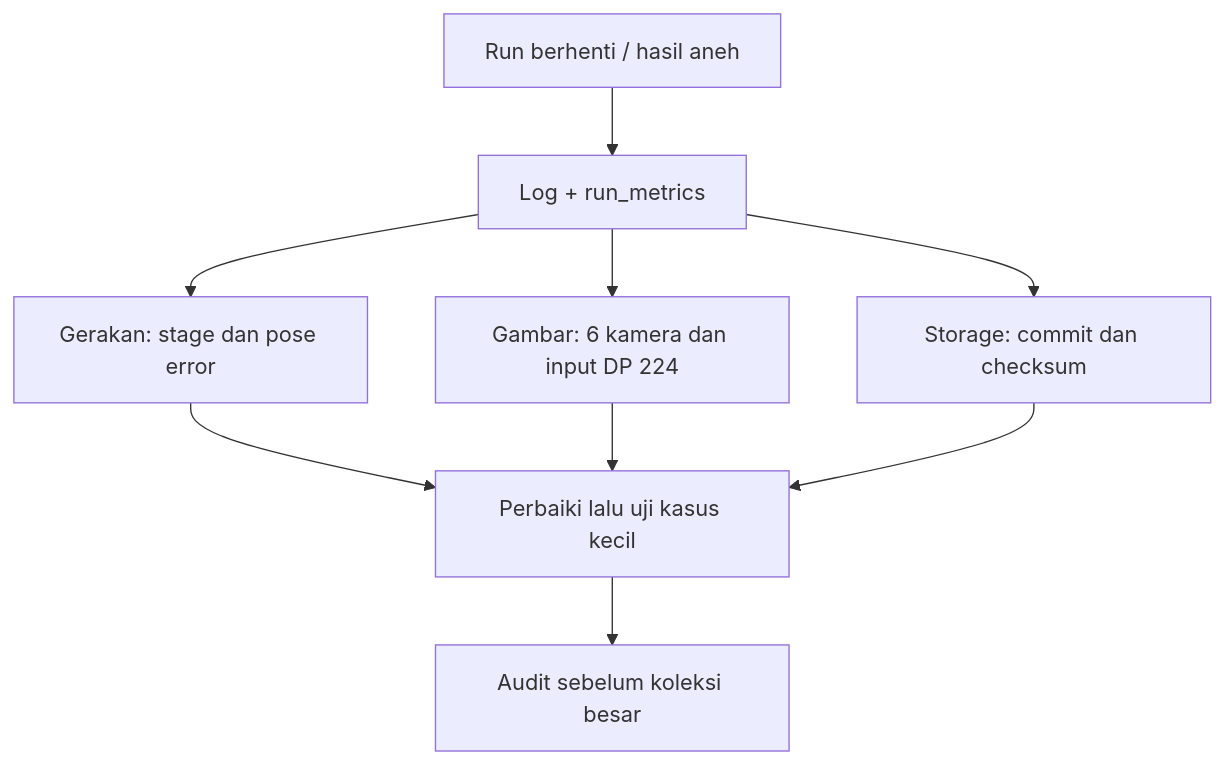
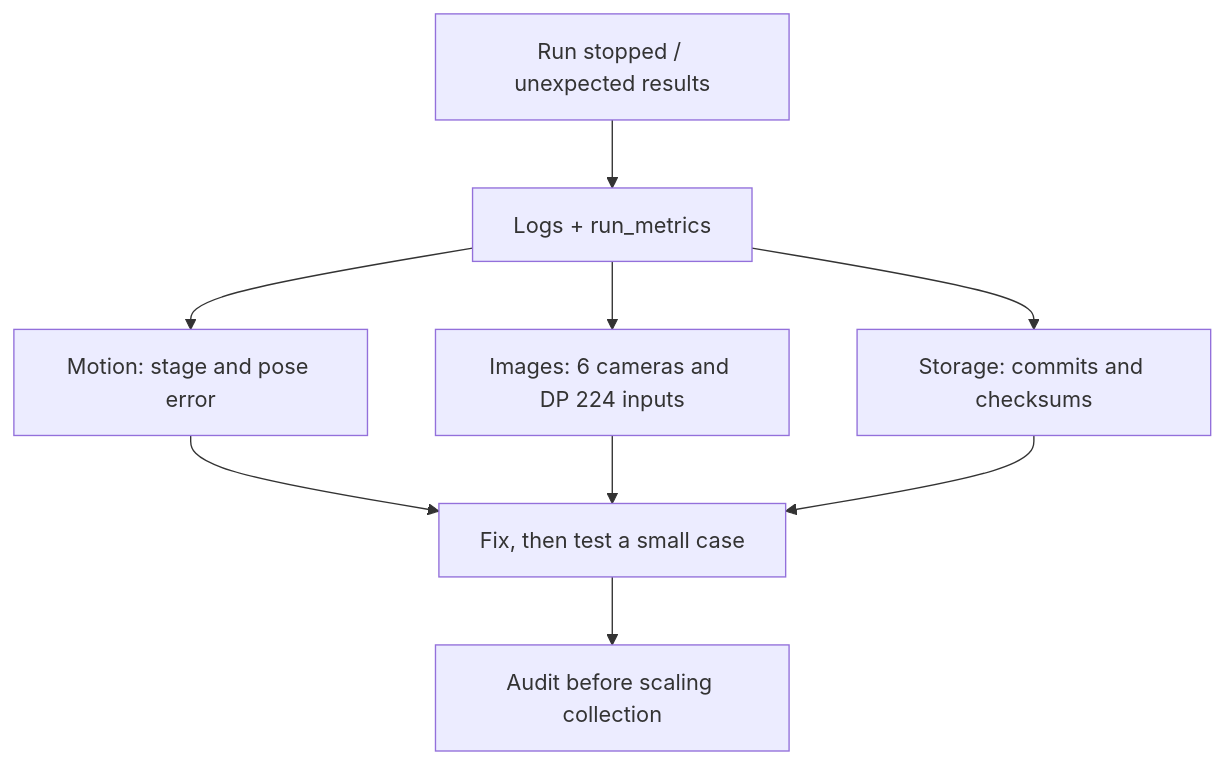
The diagram in debug/README.md (angelinemar/NSTC-Surgical-Instrument-Pick-Place), drawn with Mermaid before and after one commit. The commit also changed other lines of this file and 10 other files, not shown here.

Commit message:
Translate reader-facing documentation and diagrams into English

````diff
--- a/debug/README.md
+++ b/debug/README.md
@@ -7,11 +7,11 @@
 ```mermaid
 flowchart TD
-    A["Run berhenti / hasil aneh"] --> B["Log + run_metrics"]
-    B --> C["Gerakan: stage dan pose error"]
-    B --> D["Gambar: 6 kamera dan input DP 224"]
-    B --> E["Storage: commit dan checksum"]
-    C --> F["Perbaiki lalu uji kasus kecil"]
+    A["Run stopped / unexpected results"] --> B["Logs + run_metrics"]
+    B --> C["Motion: stage and pose error"]
+    B --> D["Images: 6 cameras and DP 224 inputs"]
+    B --> E["Storage: commits and checksums"]
+    C --> F["Fix, then test a small case"]
     D --> F
     E --> F
-    F --> G["Audit sebelum koleksi besar"]
+    F --> G["Audit before scaling collection"]
 ```
````
